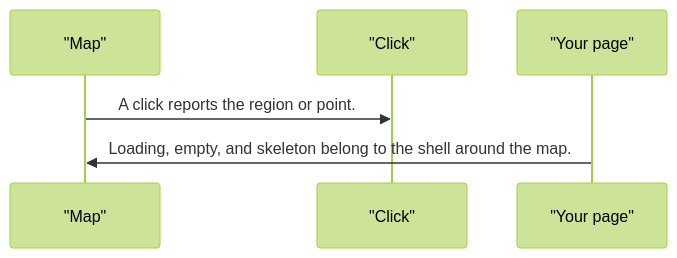
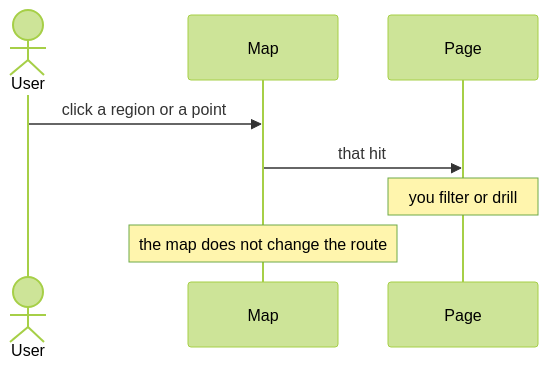
One commit to RajshekharBorate/pixel-ui changed the fifth of 5 diagrams in projects/pixel-ui/src/lib/pixel-chart-map/DESIGN.md. Above: the diagram before and after it, drawn with Mermaid (forest theme). The commit also changed other lines of this file and 73 other files, not shown here.

Commit message:
Explain who owns each value and what each flow does in every component and service design.

````diff
--- a/projects/pixel-ui/src/lib/pixel-chart-map/DESIGN.md
+++ b/projects/pixel-ui/src/lib/pixel-chart-map/DESIGN.md
@@ -105,8 +128,10 @@
 ```mermaid
 sequenceDiagram
-  participant plot as "Map"
-  participant click as "Click"
-  participant page as "Your page"
-  plot->>click: A click reports the region or point.
-  page->>plot: Loading, empty, and skeleton belong to the shell around the map.
+  actor User
+  participant Map
+  participant Page
+  User->>Map: click a region or a point
+  Map->>Page: that hit
+  Note over Page: you filter or drill
+  Note over Map: the map does not change the route
 ```
````
